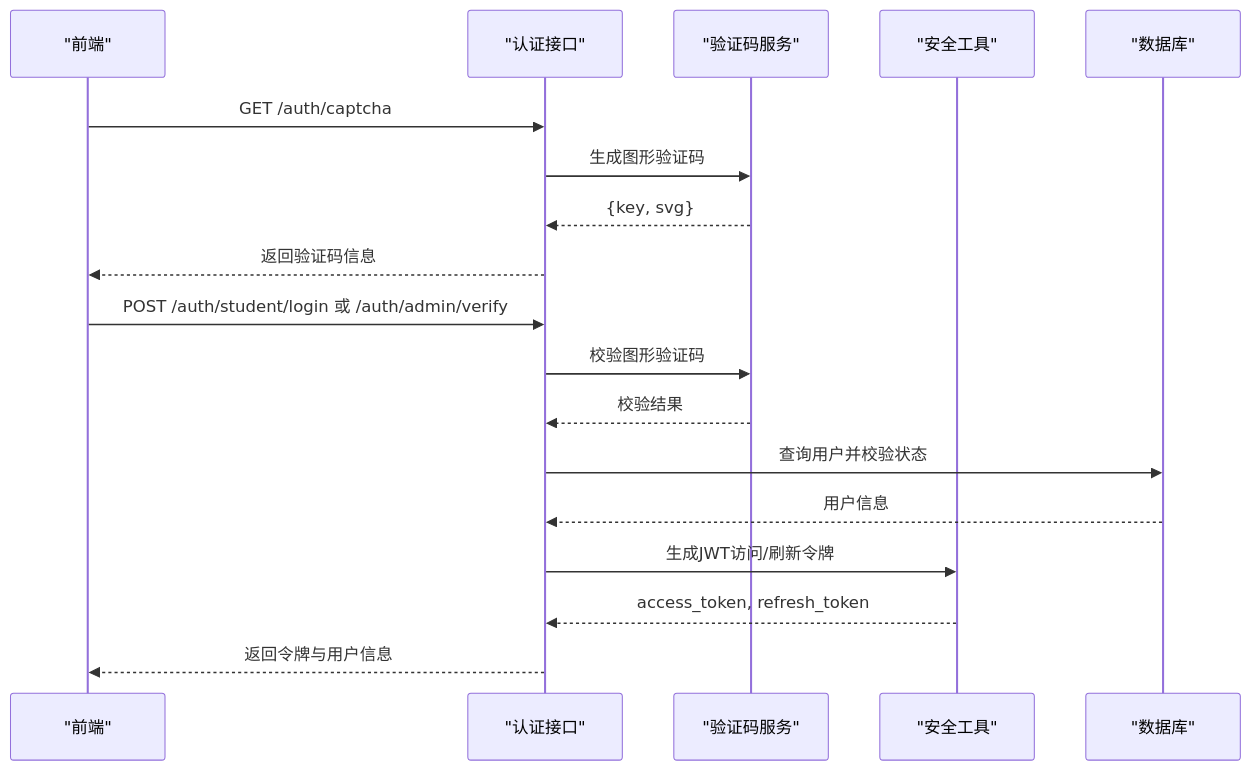
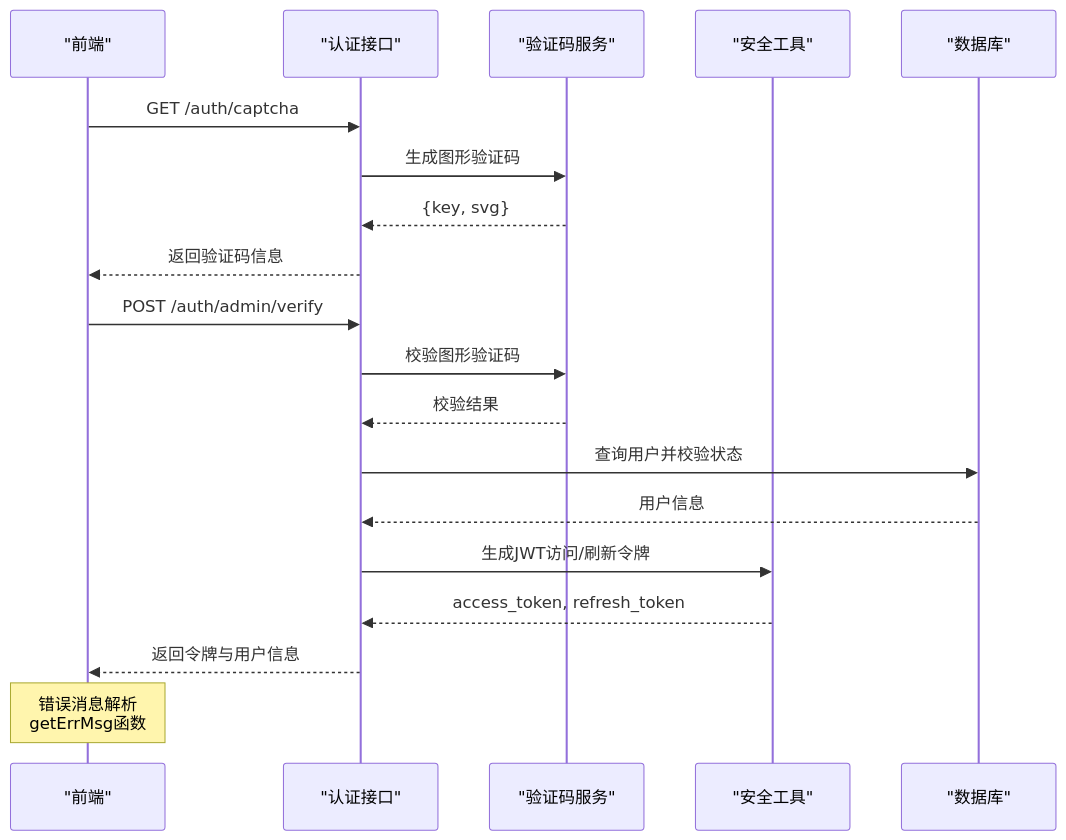
Before and after one commit to Miyuan2018/ruicheng-edu-system: the second of 5 diagrams in .qoder/repowiki/zh/content/API接口文档/认证API.md, drawn with Mermaid. The commit also changed other lines of this file and 6 other files, not shown here.

````diff
--- a/.qoder/repowiki/zh/content/API接口文档/认证API.md
+++ b/.qoder/repowiki/zh/content/API接口文档/认证API.md
@@ -93,20 +103,21 @@
 ```mermaid
 sequenceDiagram
 participant FE as "前端"
 participant API as "认证接口"
 participant CAP as "验证码服务"
 participant SEC as "安全工具"
 participant DB as "数据库"
 FE->>API : GET /auth/captcha
 API->>CAP : 生成图形验证码
 CAP-->>API : {key, svg}
 API-->>FE : 返回验证码信息
-FE->>API : POST /auth/student/login 或 /auth/admin/verify
+FE->>API : POST /auth/admin/verify
 API->>CAP : 校验图形验证码
 CAP-->>API : 校验结果
 API->>DB : 查询用户并校验状态
 DB-->>API : 用户信息
 API->>SEC : 生成JWT访问/刷新令牌
 SEC-->>API : access_token, refresh_token
 API-->>FE : 返回令牌与用户信息
+Note over FE : 错误消息解析<br/>getErrMsg函数
 ```
````
